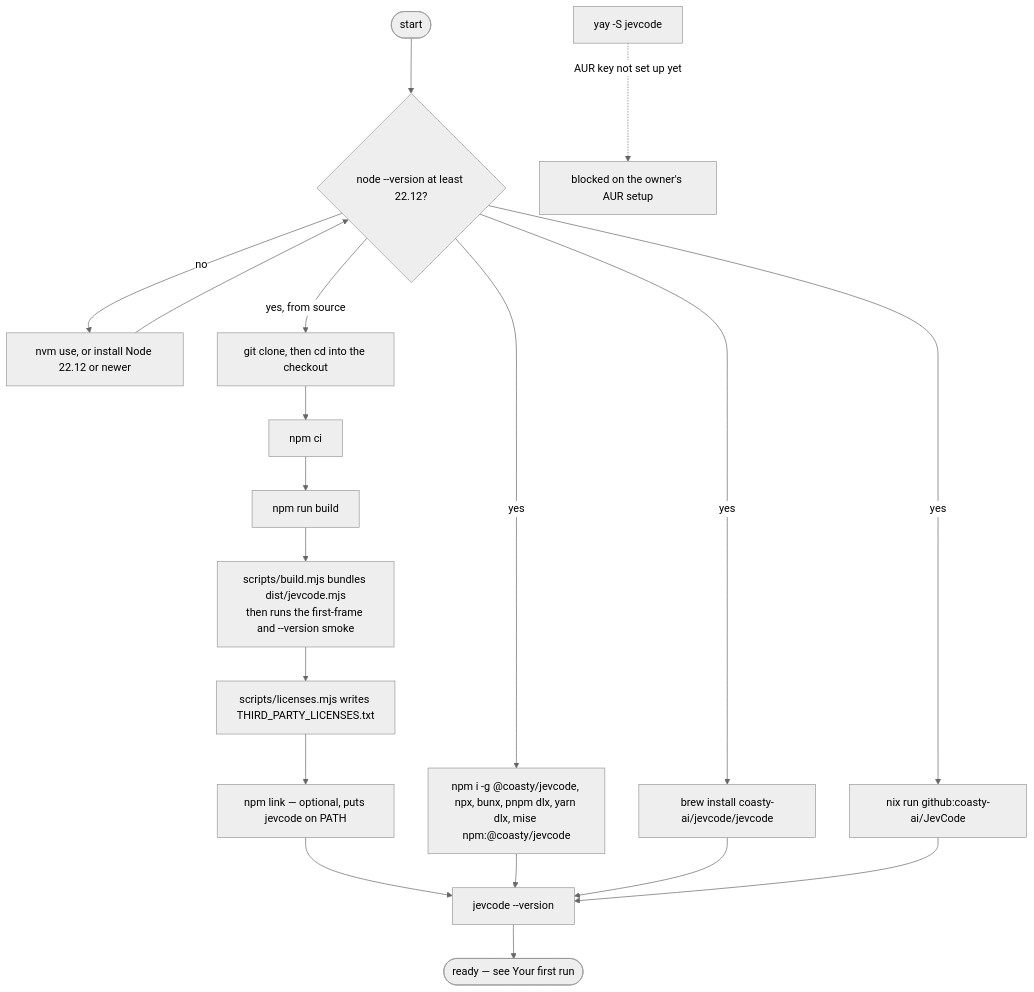
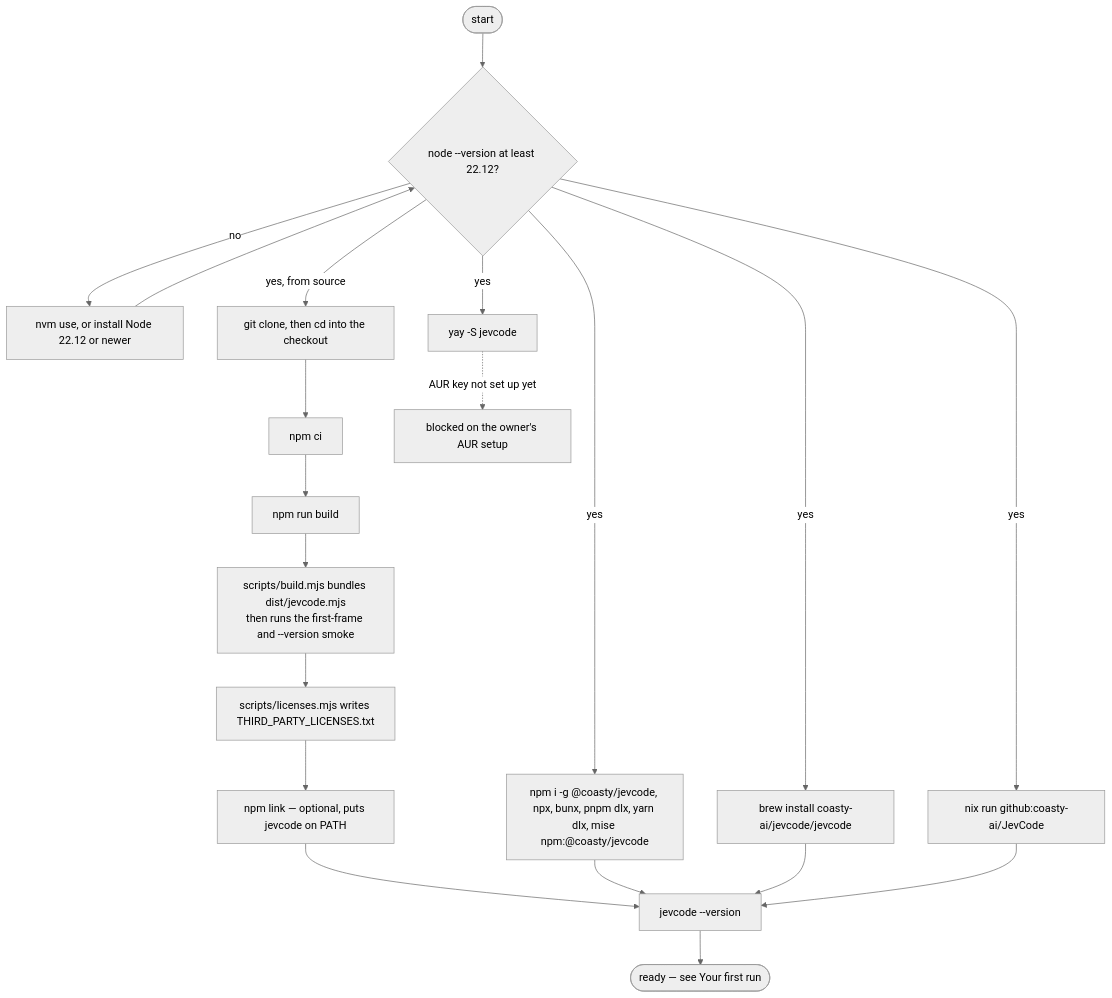
Before and after one commit to coasty-ai/JevCode: the diagram in docs/getting-started/install.md, drawn with Mermaid (neutral theme). The commit also changed 3 other files, not shown here.

````diff
--- a/docs/getting-started/install.md
+++ b/docs/getting-started/install.md
@@ -177,22 +177,23 @@
 ```mermaid
 flowchart TD
   A(["start"]) --> N{"node --version at least 22.12?"}
   N -->|"no"| NVM["nvm use, or install Node 22.12 or newer"]
   NVM --> N
   N -->|"yes, from source"| S1["git clone, then cd into the checkout"]
   S1 --> S2["npm ci"]
   S2 --> S3["npm run build"]
   S3 --> S3A["scripts/build.mjs bundles dist/jevcode.mjs<br/>then runs the first-frame and --version smoke"]
   S3A --> S3B["scripts/licenses.mjs writes THIRD_PARTY_LICENSES.txt"]
   S3B --> S4["npm link — optional, puts jevcode on PATH"]
   S4 --> V["jevcode --version"]
   V --> READY(["ready — see Your first run"])
 
   N -->|"yes"| X1["npm i -g @coasty/jevcode, npx, bunx, pnpm dlx, yarn dlx, mise npm:@coasty/jevcode"]
   N -->|"yes"| X2["brew install coasty-ai/jevcode/jevcode"]
+  N -->|"yes"| X3["yay -S jevcode"]
   N -->|"yes"| X4["nix run github:coasty-ai/JevCode"]
   X1 --> V
   X2 --> V
   X4 --> V
-  X3["yay -S jevcode"] -.->|"AUR key not set up yet"| BLOCKED["blocked on the owner's AUR setup"]
+  X3 -.->|"AUR key not set up yet"| BLOCKED["blocked on the owner's AUR setup"]
 ```
````
